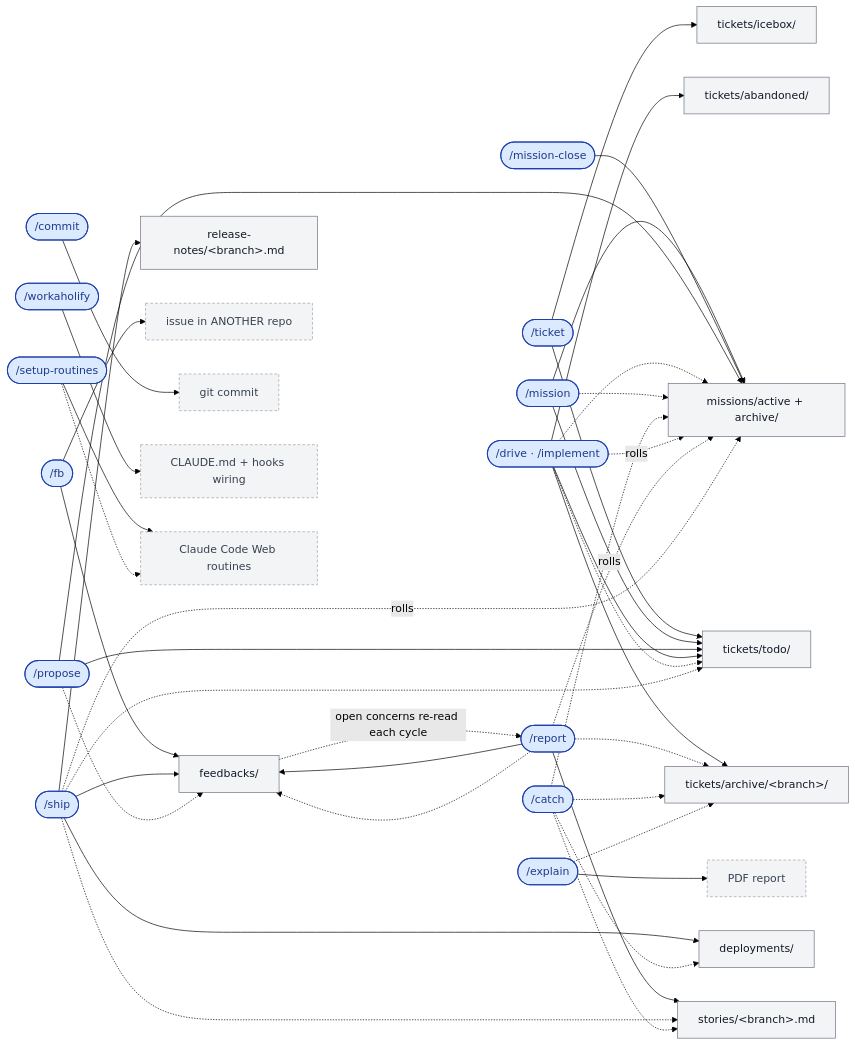
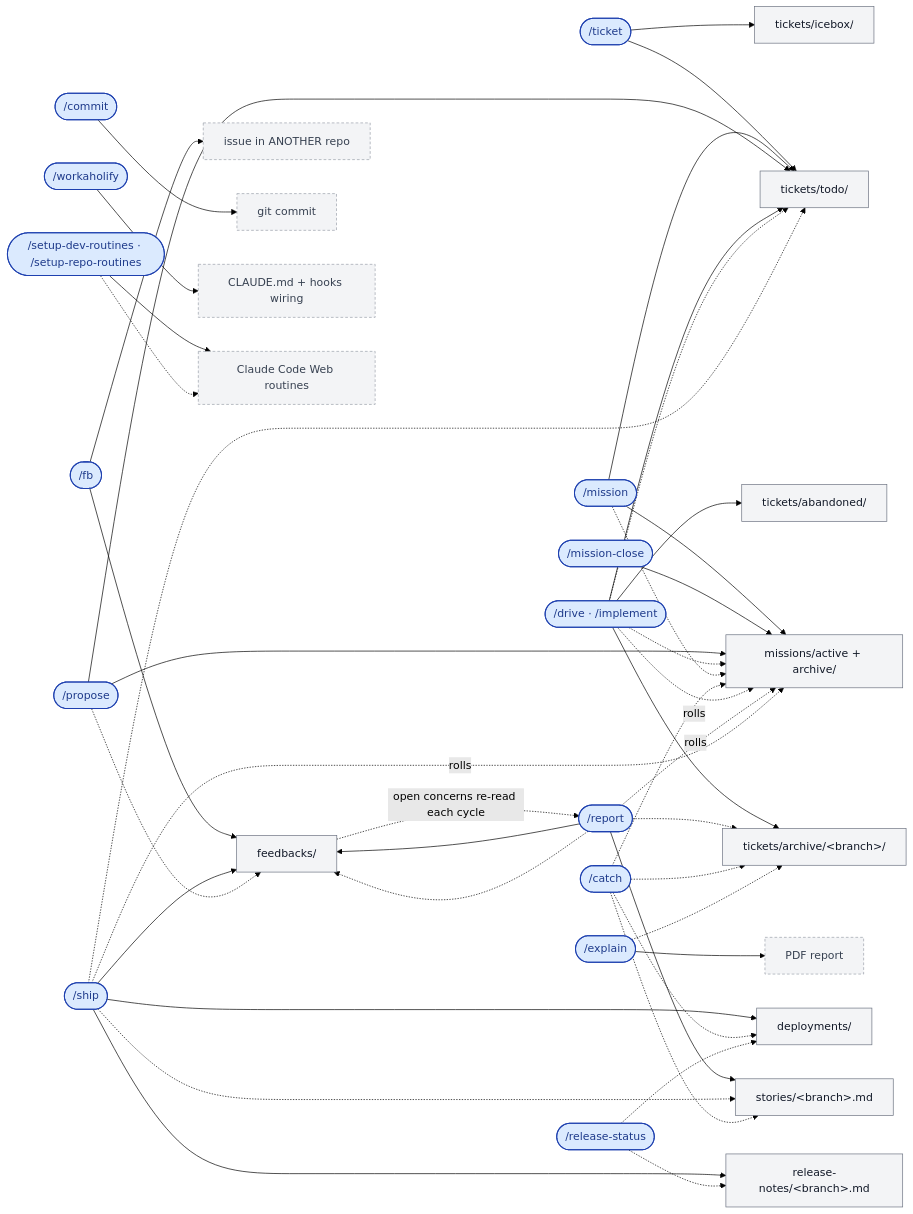
The fourth of 5 diagrams in README.md (qmu/workaholic), drawn with Mermaid (forest theme) before and after one commit. The commit also changed other lines of this file and 29 other files, not shown here.

````diff
--- a/README.md
+++ b/README.md
@@ -309,7 +311,8 @@
   commit(["/commit"])
   explain(["/explain"])
   workaholify(["/workaholify"])
-  setuproutines(["/setup-routines"])
+  setuproutines(["/setup-dev-routines · /setup-repo-routines"])
+  releasestatus(["/release-status"])
 
   %% ---------- artifacts under .workaholic/ (grey) ----------
   TODO["tickets/todo/"]
@@ -367,6 +370,8 @@
   catch -.-> DEP
   explain -.-> ARCH
   setuproutines -.-> ROUT
+  releasestatus -.-> DEP
+  releasestatus -.-> REL
 
   %% ========== mission rolls: dashed, labelled ==========
   drive -. rolls .-> MIS
@@ -380,7 +385,7 @@
   classDef cmd fill:#dbeafe,stroke:#1e40af,stroke-width:1.5px,color:#1e3a8a;
   classDef art fill:#f3f4f6,stroke:#6b7280,color:#111827;
   classDef ext fill:#f3f4f6,stroke:#9aa0aa,stroke-dasharray:4 3,color:#374151;
-  class ticket,mission,missionclose,propose,feedback,drive,report,ship,catch,commit,explain,workaholify,setuproutines cmd;
+  class ticket,mission,missionclose,propose,feedback,drive,report,ship,releasestatus,catch,commit,explain,workaholify,setuproutines cmd;
   class TODO,ICE,ARCH,ABD,MIS,STORY,FBK,REL,DEP art;
   class EXT,PDF,WT,CFG,ROUT ext;
 ```
````
